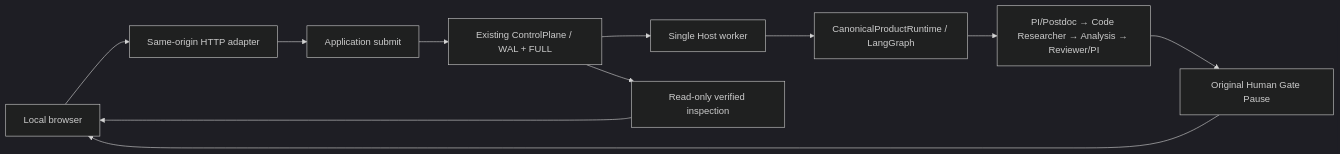
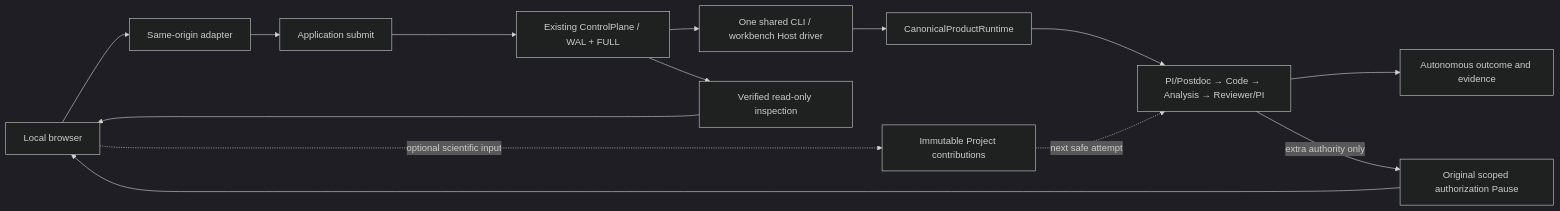
Before and after one commit to Xiaowei251129/lqcd-agent: the diagram in docs/WORKBENCH.md, drawn with Mermaid (dark theme). The commit also changed other lines of this file and 74 other files, not shown here.

````diff
--- a/docs/WORKBENCH.md
+++ b/docs/WORKBENCH.md
@@ -7,13 +7,16 @@
 ```mermaid
 flowchart LR
-    UI[Local browser] --> HTTP[Same-origin HTTP adapter]
-    HTTP --> Submit[Application submit]
-    Submit --> CP[Existing ControlPlane / WAL + FULL]
-    CP --> Worker[Single Host worker]
-    Worker --> Runtime[CanonicalProductRuntime / LangGraph]
-    Runtime --> Roles[PI/Postdoc → Code Researcher → Analysis → Reviewer/PI]
-    Roles --> Gate[Original Human Gate Pause]
-    Gate --> UI
-    CP --> Read[Read-only verified inspection]
+    UI["Local browser"] --> HTTP["Same-origin adapter"]
+    HTTP --> Submit["Application submit"]
+    Submit --> CP["Existing ControlPlane / WAL + FULL"]
+    CP --> Worker["One shared CLI / workbench Host driver"]
+    Worker --> Runtime["CanonicalProductRuntime"]
+    Runtime --> Roles["PI/Postdoc → Code → Analysis → Reviewer/PI"]
+    Roles --> Report["Autonomous outcome and evidence"]
+    Roles -->|extra authority only| Auth["Original scoped authorization Pause"]
+    Auth --> UI
+    UI -. optional scientific input .-> Notes["Immutable Project contributions"]
+    Notes -. next safe attempt .-> Roles
+    CP --> Read["Verified read-only inspection"]
     Read --> UI
 ```
````
